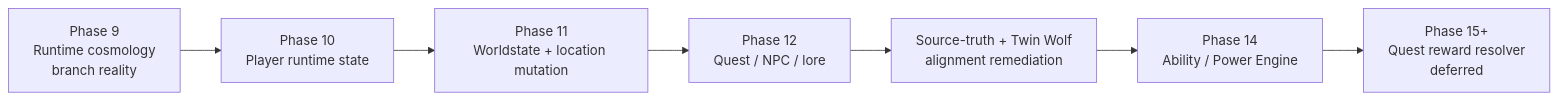
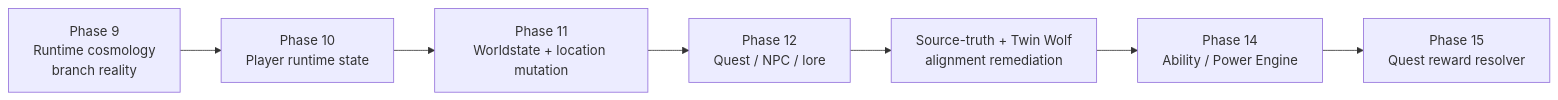
Before and after one commit to flynn33/yggdrasil-world-engine: the diagram in docs/architecture/README.md, drawn with Mermaid. The commit also changed other lines of this file and 101 other files, not shown here.

Commit message:
Implement Phase 15 quest reward resolver

````diff
--- a/docs/architecture/README.md
+++ b/docs/architecture/README.md
@@ -178,12 +195,12 @@
 ```mermaid
 flowchart LR
   P9["Phase 9<br/>Runtime cosmology<br/>branch reality"]
   P10["Phase 10<br/>Player runtime state"]
   P11["Phase 11<br/>Worldstate + location mutation"]
   P12["Phase 12<br/>Quest / NPC / lore"]
   STR["Source-truth + Twin Wolf<br/>alignment remediation"]
   P14["Phase 14<br/>Ability / Power Engine"]
-  P15["Phase 15+<br/>Quest reward resolver<br/>deferred"]
+  P15["Phase 15<br/>Quest reward resolver"]
 
   P9 --> P10 --> P11 --> P12 --> STR --> P14 --> P15
 ```
````
